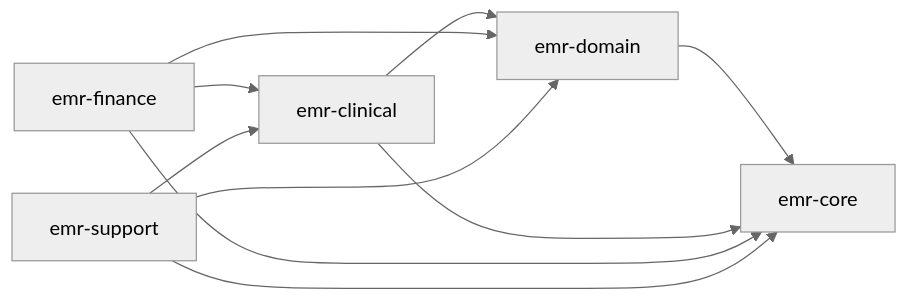
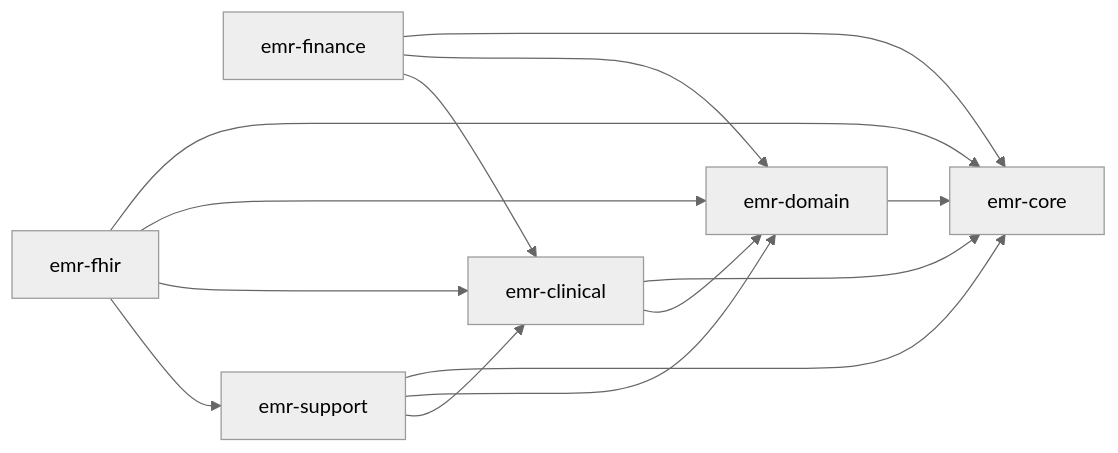
The diagram in java_backend/README.md (skyleedevzero86/Health_mr), drawn with Mermaid (neutral theme) before and after one commit. The commit also changed other lines of this file, not shown here.

````diff
--- a/java_backend/README.md
+++ b/java_backend/README.md
@@ -38,18 +40,23 @@
 ```mermaid
 graph LR
     CORE["emr-core"]
     DOMAIN["emr-domain"]
     CLINICAL["emr-clinical"]
     FINANCE["emr-finance"]
     SUPPORT["emr-support"]
+    FHIR["emr-fhir"]
 
     DOMAIN --> CORE
     CLINICAL --> CORE
     CLINICAL --> DOMAIN
     FINANCE --> CORE
     FINANCE --> DOMAIN
     FINANCE --> CLINICAL
     SUPPORT --> CORE
     SUPPORT --> DOMAIN
     SUPPORT --> CLINICAL
+    FHIR --> CORE
+    FHIR --> DOMAIN
+    FHIR --> CLINICAL
+    FHIR --> SUPPORT
 ```
````
